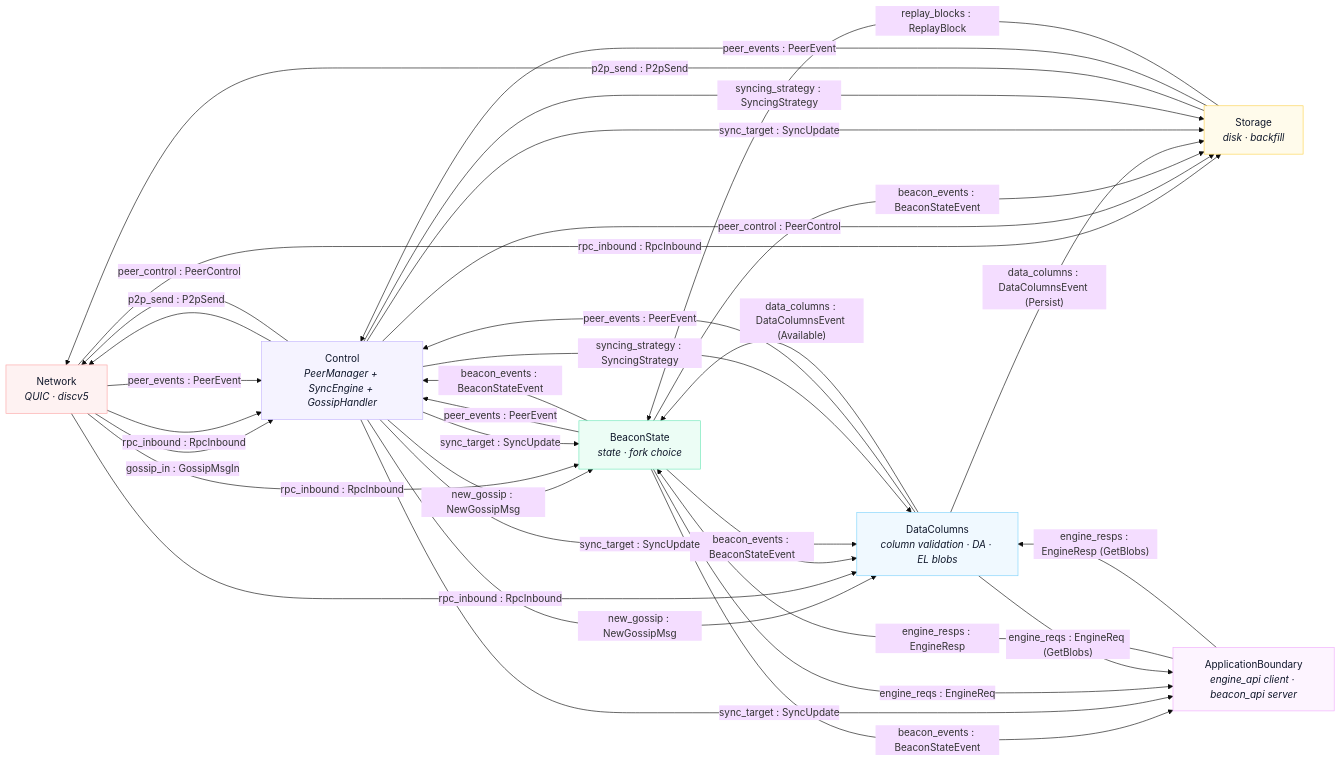
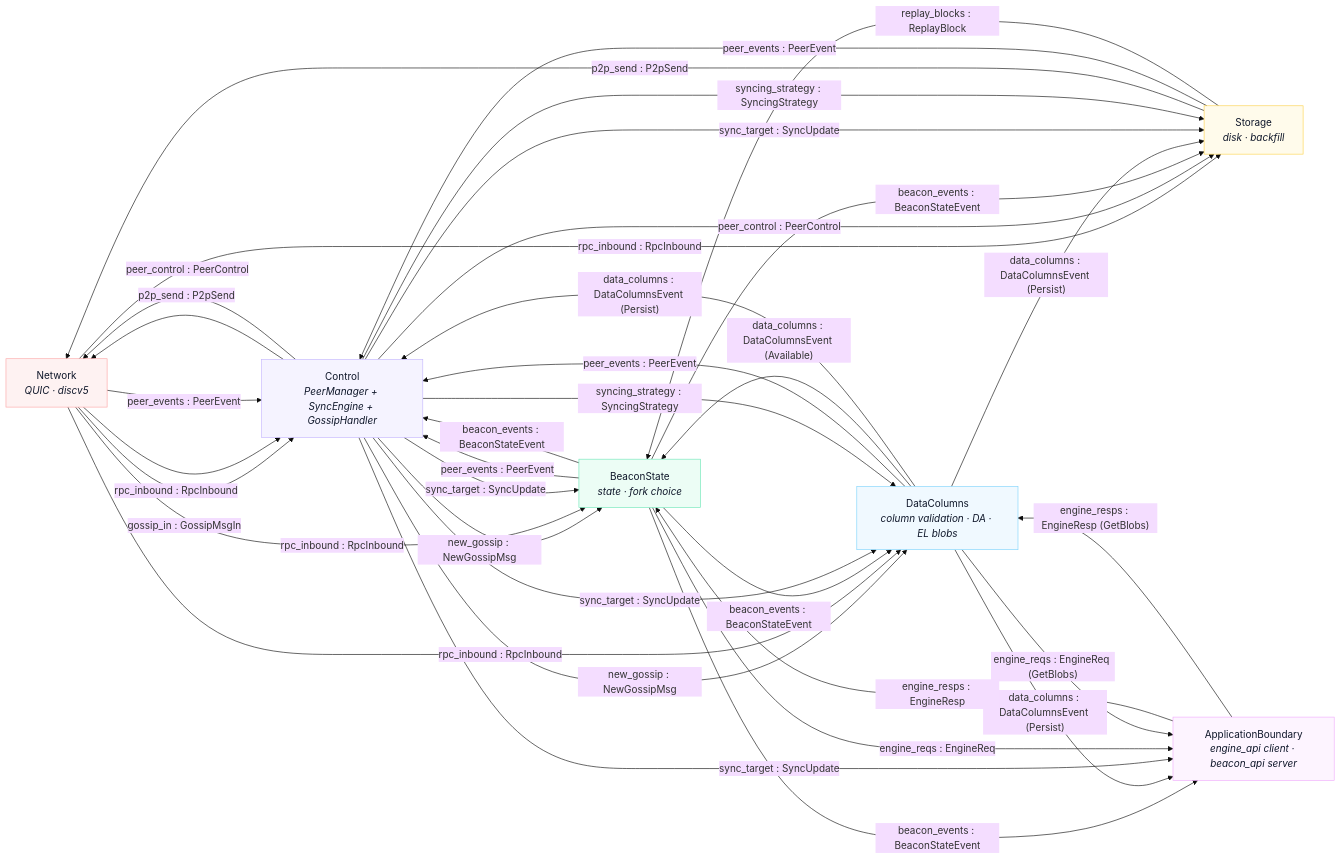
One commit to gattaca-com/silver changed the diagram in docs/spine-message-flow.md. Above: the diagram before and after it, drawn with Mermaid (base theme). The commit also changed other lines of this file and 19 other files, not shown here.

````diff
--- a/docs/spine-message-flow.md
+++ b/docs/spine-message-flow.md
@@ -15,61 +15,63 @@
 ```mermaid
 flowchart LR
   NET["Network<br/><i>QUIC · discv5</i>"]
   CTL["Control<br/><i>PeerManager + SyncEngine + GossipHandler</i>"]
   BS["BeaconState<br/><i>state · fork choice</i>"]
   ST["Storage<br/><i>disk · backfill</i>"]
   EN["ApplicationBoundary<br/><i>engine_api client · beacon_api server</i>"]
   DC["DataColumns<br/><i>column validation · DA · EL blobs</i>"]
 
   %% ---- inbound ----
   NET -->|gossip_in : GossipMsgIn| CTL
   CTL -->|new_gossip : NewGossipMsg| BS
   CTL -->|new_gossip : NewGossipMsg| DC
   NET -->|rpc_inbound : RpcInbound| CTL
   NET -->|rpc_inbound : RpcInbound| BS
   NET -->|rpc_inbound : RpcInbound| ST
   NET -->|rpc_inbound : RpcInbound| DC
 
   %% ---- outbound ----
   CTL -->|p2p_send : P2pSend| NET
   ST  -->|p2p_send : P2pSend| NET
 
   %% ---- peer management ----
   NET -->|peer_events : PeerEvent| CTL
   ST  -->|peer_events : PeerEvent| CTL
   BS  -->|peer_events : PeerEvent| CTL
   DC  -->|peer_events : PeerEvent| CTL
   CTL -->|peer_control : PeerControl| NET
   CTL -->|peer_control : PeerControl| ST
 
   %% ---- chain state & DA ----
   BS -->|beacon_events : BeaconStateEvent| CTL
   BS -->|beacon_events : BeaconStateEvent| ST
   BS -->|beacon_events : BeaconStateEvent| DC
   BS -->|beacon_events : BeaconStateEvent| EN
   DC -->|"data_columns : DataColumnsEvent (Available)"| BS
   DC -->|"data_columns : DataColumnsEvent (Persist)"| ST
+  DC -->|"data_columns : DataColumnsEvent (Persist)"| CTL
+  DC -->|"data_columns : DataColumnsEvent (Persist)"| EN
   ST -->|replay_blocks : ReplayBlock| BS
 
   %% ---- sync control ----
   CTL -->|sync_target : SyncUpdate| BS
   CTL -->|sync_target : SyncUpdate| ST
   CTL -->|sync_target : SyncUpdate| DC
   CTL -->|sync_target : SyncUpdate| EN
   CTL -->|syncing_strategy : SyncingStrategy| ST
   CTL -->|syncing_strategy : SyncingStrategy| DC
 
   %% ---- engine / EL ----
   BS -->|engine_reqs : EngineReq| EN
   DC -->|"engine_reqs : EngineReq (GetBlobs)"| EN
   EN -->|engine_resps : EngineResp| BS
   EN -->|"engine_resps : EngineResp (GetBlobs)"| DC
 
   classDef net fill:#fef2f2,stroke:#fca5a5,color:#0f172a;
   classDef ctl fill:#f5f3ff,stroke:#c4b5fd,color:#0f172a;
   classDef bs  fill:#ecfdf5,stroke:#6ee7b7,color:#0f172a;
   classDef st  fill:#fffbeb,stroke:#fcd34d,color:#0f172a;
   classDef en  fill:#fdf4ff,stroke:#f0abfc,color:#0f172a;
   classDef dc  fill:#f0f9ff,stroke:#7dd3fc,color:#0f172a;
   class NET net; class CTL ctl; class BS bs; class ST st; class EN en; class DC dc;
 ```
````
